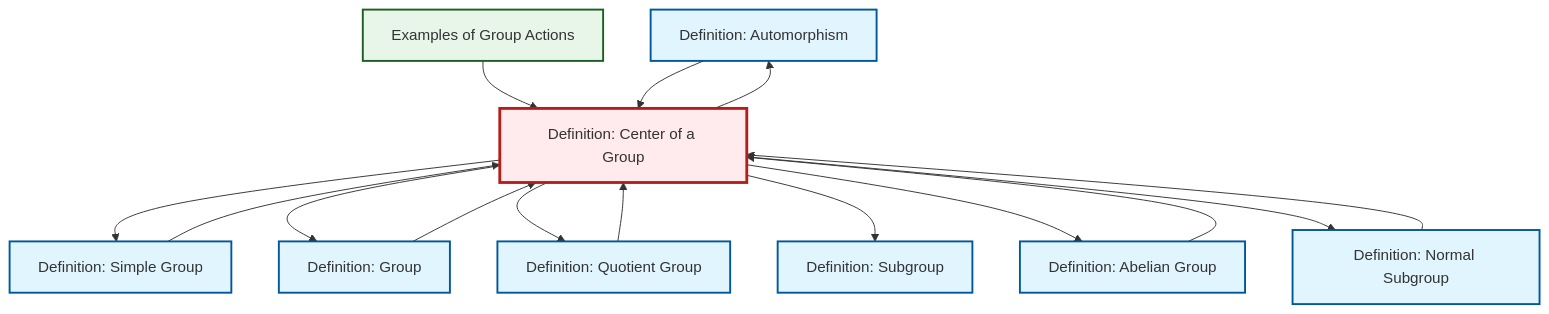
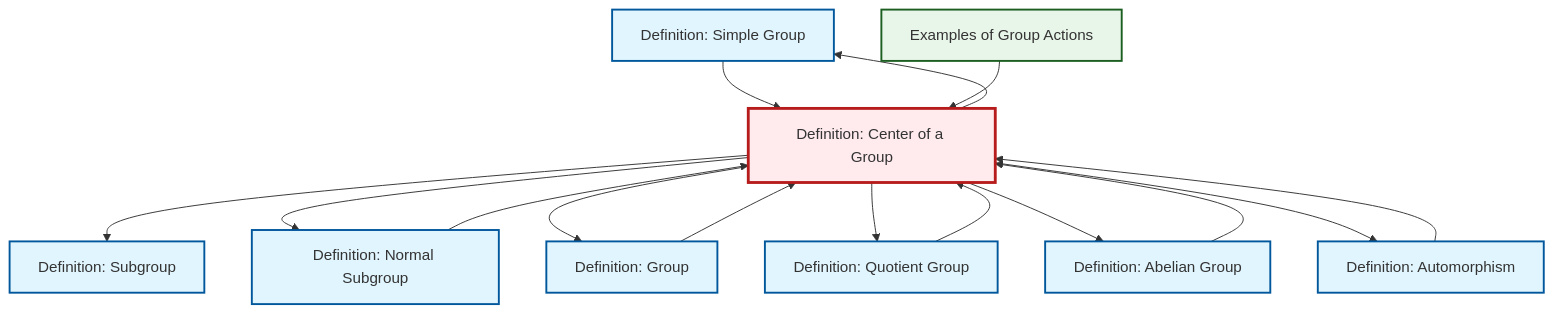
One commit to RK0429/ModernMath changed the diagram in content/en/algebra/def-center-of-group.qmd. Above: the diagram before and after it, drawn with Mermaid. The commit also changed other lines of this file and 1012 other files, not shown here.

````diff
--- a/content/en/algebra/def-center-of-group.qmd
+++ b/content/en/algebra/def-center-of-group.qmd
@@ -111,41 +111,41 @@
 ```{mermaid}
 %%| fig-cap: "Local dependency graph"
 graph TD
     classDef definition fill:#e1f5fe,stroke:#01579b,stroke-width:2px
     classDef theorem fill:#f3e5f5,stroke:#4a148c,stroke-width:2px
     classDef axiom fill:#fff3e0,stroke:#e65100,stroke-width:2px
     classDef example fill:#e8f5e9,stroke:#1b5e20,stroke-width:2px
     classDef current fill:#ffebee,stroke:#b71c1c,stroke-width:3px
-    def-automorphism["Definition: Automorphism"]:::definition
-    def-normal-subgroup["Definition: Normal Subgroup"]:::definition
+    def-simple-group["Definition: Simple Group"]:::definition
     def-subgroup["Definition: Subgroup"]:::definition
-    ex-group-action-examples["Examples of Group Actions"]:::example
     def-quotient-group["Definition: Quotient Group"]:::definition
     def-abelian-group["Definition: Abelian Group"]:::definition
+    def-normal-subgroup["Definition: Normal Subgroup"]:::definition
     def-center-of-group["Definition: Center of a Group"]:::definition
-    def-simple-group["Definition: Simple Group"]:::definition
+    def-automorphism["Definition: Automorphism"]:::definition
+    ex-group-action-examples["Examples of Group Actions"]:::example
     def-group["Definition: Group"]:::definition
+    def-center-of-group --> def-subgroup
+    def-center-of-group --> def-normal-subgroup
     def-center-of-group --> def-simple-group
-    ex-group-action-examples --> def-center-of-group
     def-center-of-group --> def-group
-    def-center-of-group --> def-quotient-group
-    def-center-of-group --> def-subgroup
-    def-center-of-group --> def-automorphism
-    def-center-of-group --> def-abelian-group
     def-abelian-group --> def-center-of-group
     def-normal-subgroup --> def-center-of-group
     def-group --> def-center-of-group
-    def-center-of-group --> def-normal-subgroup
+    def-quotient-group --> def-center-of-group
+    def-center-of-group --> def-quotient-group
+    def-center-of-group --> def-abelian-group
     def-automorphism --> def-center-of-group
-    def-quotient-group --> def-center-of-group
+    def-center-of-group --> def-automorphism
     def-simple-group --> def-center-of-group
+    ex-group-action-examples --> def-center-of-group
     class def-center-of-group current
-    click def-automorphism "def-automorphism.html" "Go to Automorphism definition"
-    click def-normal-subgroup "def-normal-subgroup.html" "Go to Normal Subgroup definition"
+    click def-simple-group "def-simple-group.html" "Go to Simple Group definition"
     click def-subgroup "def-subgroup.html" "Go to Subgroup definition"
-    click ex-group-action-examples "ex-group-action-examples.html" "Go to Examples of Group Actions"
     click def-quotient-group "def-quotient-group.html" "Go to Quotient Group definition"
     click def-abelian-group "def-abelian-group.html" "Go to Abelian Group definition"
-    click def-simple-group "def-simple-group.html" "Go to Simple Group definition"
+    click def-normal-subgroup "def-normal-subgroup.html" "Go to Normal Subgroup definition"
+    click def-automorphism "def-automorphism.html" "Go to Automorphism definition"
+    click ex-group-action-examples "ex-group-action-examples.html" "Go to Examples of Group Actions"
     click def-group "def-group.html" "Go to Group definition"
 ```
````
